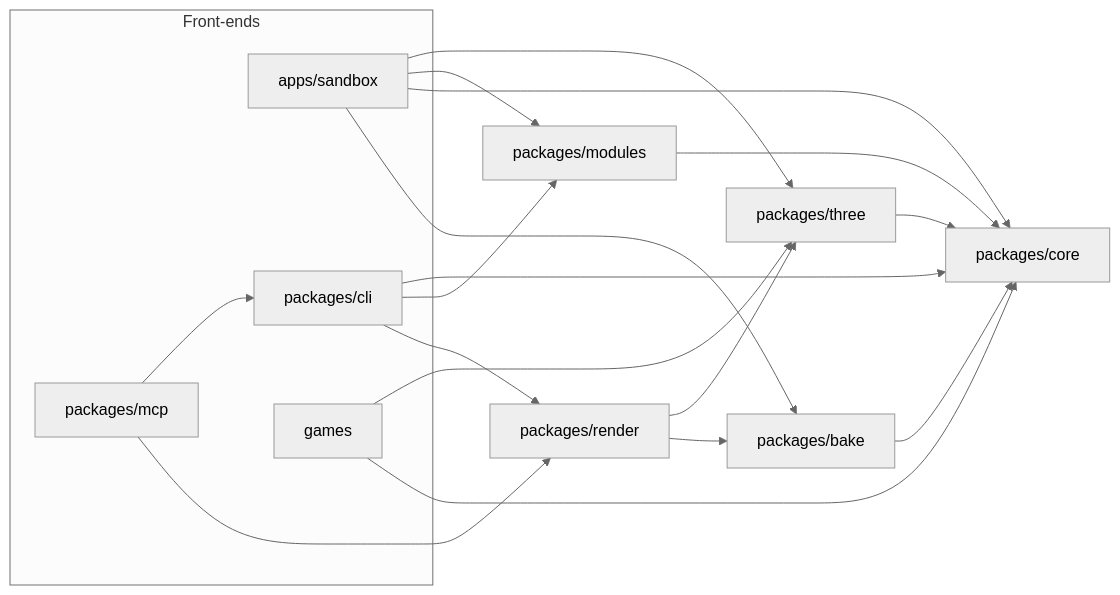
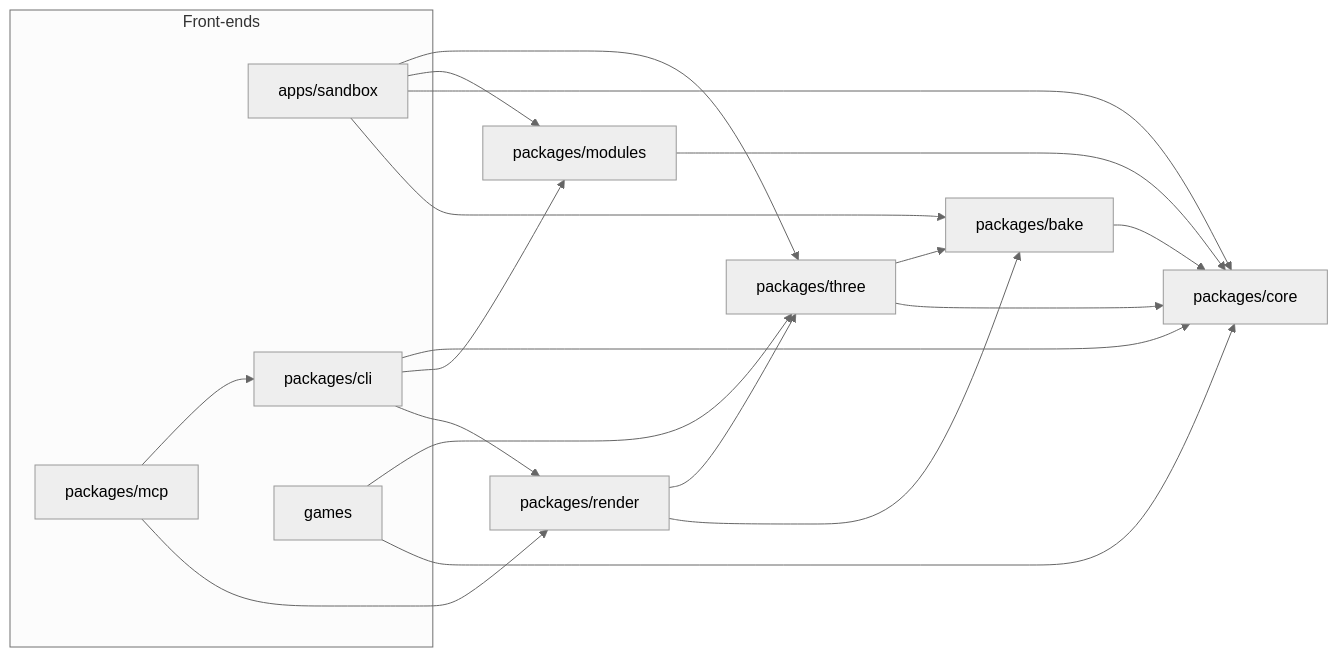
Before and after one commit to michaelcrosato/Spawnforge: the diagram in docs/architecture.md, drawn with Mermaid (neutral theme). The commit also changed other lines of this file and 29 other files, not shown here.

````diff
--- a/docs/architecture.md
+++ b/docs/architecture.md
@@ -9,30 +9,31 @@
 ```mermaid
 flowchart LR
   subgraph frontends[Front-ends]
     sandbox[apps/sandbox]
     mcp[packages/mcp]
     cli[packages/cli]
     games[games]
   end
   modules[packages/modules]
   three[packages/three]
   bake[packages/bake]
   core[packages/core]
 
   mcp --> cli
   cli --> core
   cli --> modules
   render[packages/render] --> three
   render --> bake
   cli --> render
   mcp --> render
   sandbox --> three
   sandbox --> modules
   sandbox --> core
   sandbox --> bake
+  three --> bake
   bake --> core
   games --> three
   games --> core
   three --> core
   modules --> core
 ```
````
